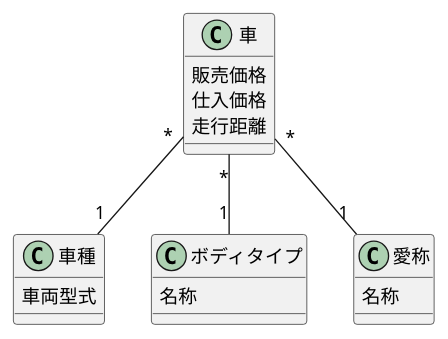
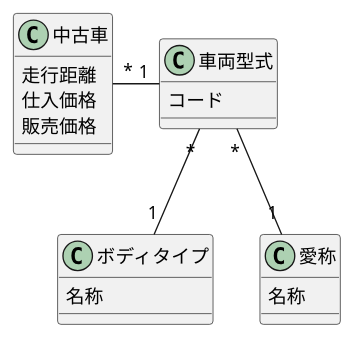
The diagram in ch04/excercise/4-3.puml (yinm/uml-modeling-lesson), drawn with PlantUML before and after one commit.

```diff
--- a/ch04/excercise/4-3.puml
+++ b/ch04/excercise/4-3.puml
@@ -1,25 +1,25 @@
 @startuml
 
-class 車 {
-  販売価格
-  仕入価格
-  走行距離
+class 車両型式 {
+  コード
 }
 
-class 車種 {
-  車両型式
+class 中古車 {
+  走行距離
+  仕入価格
+  販売価格
 }
 
 class ボディタイプ {
   名称
 }
 
 class 愛称 {
   名称
 }
 
-車 "*"--"1" 車種
-車 "*"--"1" ボディタイプ
-車 "*"--"1" 愛称
+車両型式 "1"--left--"*" 中古車
+車両型式 "*"--"1" ボディタイプ
+車両型式 "*"--"1" 愛称
 
 @enduml
```
